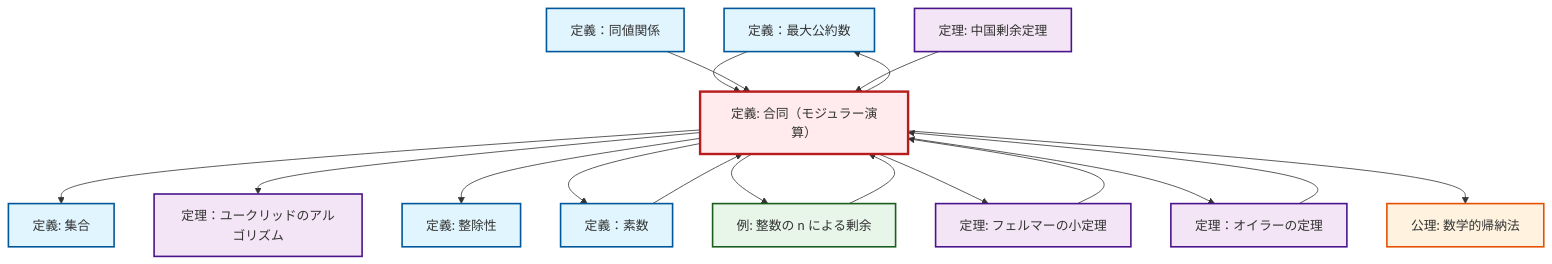
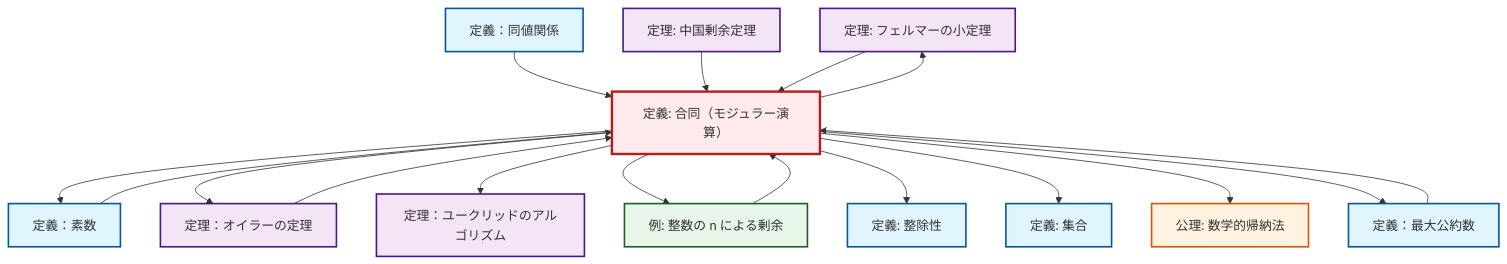
The diagram in content/ja/number-theory/def-congruence.qmd (RK0429/ModernMath), drawn with Mermaid before and after one commit. The commit also changed 672 other files, not shown here.

````diff
--- a/content/ja/number-theory/def-congruence.qmd
+++ b/content/ja/number-theory/def-congruence.qmd
@@ -125,49 +125,49 @@
 ```{mermaid}
-%%| fig-cap: "Local dependency graph"
+%%| fig-cap: "ローカル依存関係グラフ"
 graph TD
     classDef definition fill:#e1f5fe,stroke:#01579b,stroke-width:2px
     classDef theorem fill:#f3e5f5,stroke:#4a148c,stroke-width:2px
     classDef axiom fill:#fff3e0,stroke:#e65100,stroke-width:2px
     classDef example fill:#e8f5e9,stroke:#1b5e20,stroke-width:2px
     classDef current fill:#ffebee,stroke:#b71c1c,stroke-width:3px
-    def-gcd["定義：最大公約数"]:::definition
-    def-congruence["定義: 合同（モジュラー演算）"]:::definition
-    thm-euler["定理：オイラーの定理"]:::theorem
-    thm-chinese-remainder["定理: 中国剰余定理"]:::theorem
-    ax-induction["公理: 数学的帰納法"]:::axiom
-    def-divisibility["定義: 整除性"]:::definition
     def-set["定義: 集合"]:::definition
     thm-euclidean-algorithm["定理：ユークリッドのアルゴリズム"]:::theorem
     thm-fermat-little["定理: フェルマーの小定理"]:::theorem
+    thm-euler["定理：オイラーの定理"]:::theorem
+    def-congruence["定義: 合同（モジュラー演算）"]:::definition
+    ex-quotient-integers-mod-n["例: 整数の n による剰余"]:::example
     def-equivalence-relation["定義：同値関係"]:::definition
+    ax-induction["公理: 数学的帰納法"]:::axiom
     def-prime["定義：素数"]:::definition
-    ex-quotient-integers-mod-n["例: 整数の n による剰余"]:::example
+    def-gcd["定義：最大公約数"]:::definition
+    thm-chinese-remainder["定理: 中国剰余定理"]:::theorem
+    def-divisibility["定義: 整除性"]:::definition
+    def-congruence --> def-prime
+    def-equivalence-relation --> def-congruence
+    def-congruence --> thm-euler
+    ex-quotient-integers-mod-n --> def-congruence
+    def-congruence --> thm-euclidean-algorithm
+    def-congruence --> thm-fermat-little
+    def-gcd --> def-congruence
+    def-congruence --> ex-quotient-integers-mod-n
+    def-prime --> def-congruence
+    def-congruence --> def-divisibility
+    def-congruence --> def-set
+    thm-chinese-remainder --> def-congruence
+    thm-fermat-little --> def-congruence
+    def-congruence --> ax-induction
+    def-congruence --> def-gcd
     thm-euler --> def-congruence
-    def-congruence --> def-set
-    ex-quotient-integers-mod-n --> def-congruence
-    def-gcd --> def-congruence
-    def-prime --> def-congruence
-    def-congruence --> thm-euclidean-algorithm
-    def-congruence --> def-divisibility
-    def-congruence --> def-gcd
-    def-congruence --> def-prime
-    def-congruence --> ex-quotient-integers-mod-n
-    def-equivalence-relation --> def-congruence
-    def-congruence --> thm-fermat-little
-    def-congruence --> thm-euler
-    thm-chinese-remainder --> def-congruence
-    def-congruence --> ax-induction
-    thm-fermat-little --> def-congruence
     class def-congruence current
-    click def-gcd "def-gcd.html" "定義：最大公約数へ"
-    click thm-euler "thm-euler.html" "定理：オイラーの定理へ"
-    click thm-chinese-remainder "thm-chinese-remainder.html" "中国剰余定理の定理へ"
-    click ax-induction "ax-induction.html" "数学的帰納法の公理へ"
-    click def-divisibility "def-divisibility.html" "整除性の定義へ"
     click def-set "def-set.html" "集合の定義へ"
     click thm-euclidean-algorithm "thm-euclidean-algorithm.html" "定理：ユークリッドのアルゴリズムへ"
     click thm-fermat-little "thm-fermat-little.html" "フェルマーの小定理の定理へ"
+    click thm-euler "thm-euler.html" "定理：オイラーの定理へ"
+    click ex-quotient-integers-mod-n "ex-quotient-integers-mod-n.html" "整数の n による剰余の例へ"
     click def-equivalence-relation "def-equivalence-relation.html" "定義：同値関係へ"
+    click ax-induction "ax-induction.html" "数学的帰納法の公理へ"
     click def-prime "def-prime.html" "定義：素数へ"
-    click ex-quotient-integers-mod-n "ex-quotient-integers-mod-n.html" "整数の n による剰余の例へ"
+    click def-gcd "def-gcd.html" "定義：最大公約数へ"
+    click thm-chinese-remainder "thm-chinese-remainder.html" "中国剰余定理の定理へ"
+    click def-divisibility "def-divisibility.html" "整除性の定義へ"
 ```
````
